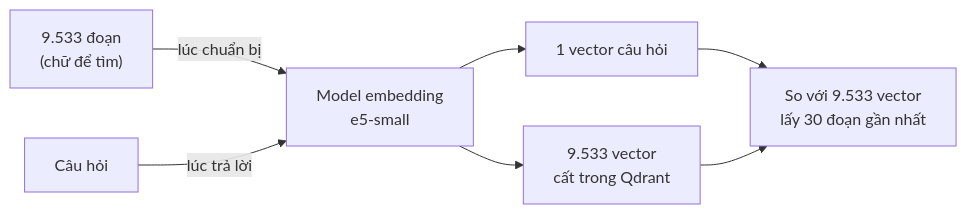
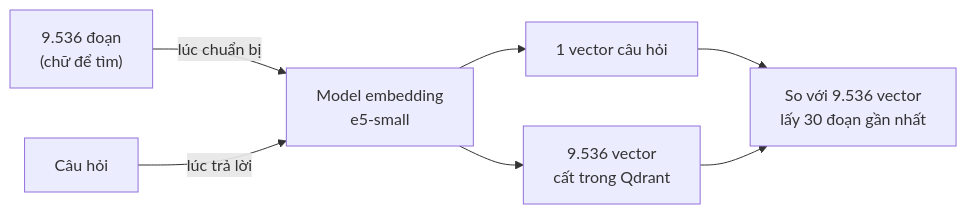
Before and after one commit to Sunny-sunnyy/chatbot-hue: the diagram in bai_hoc/giao_trinh/10_EMBEDDING.md, drawn with Mermaid. The commit also changed other lines of this file and 12 other files, not shown here.

````diff
--- a/bai_hoc/giao_trinh/10_EMBEDDING.md
+++ b/bai_hoc/giao_trinh/10_EMBEDDING.md
@@ -53,9 +53,9 @@
 ```mermaid
 flowchart LR
-  A["9.533 đoạn<br/>(chữ để tìm)"] -->|"lúc chuẩn bị"| M["Model embedding<br/>e5-small"]
-  M --> V["9.533 vector<br/>cất trong Qdrant"]
+  A["9.536 đoạn<br/>(chữ để tìm)"] -->|"lúc chuẩn bị"| M["Model embedding<br/>e5-small"]
+  M --> V["9.536 vector<br/>cất trong Qdrant"]
   Q["Câu hỏi"] -->|"lúc trả lời"| M
   M --> QV["1 vector câu hỏi"]
-  QV --> S["So với 9.533 vector<br/>lấy 30 đoạn gần nhất"]
+  QV --> S["So với 9.536 vector<br/>lấy 30 đoạn gần nhất"]
   V --> S
 ```
````
